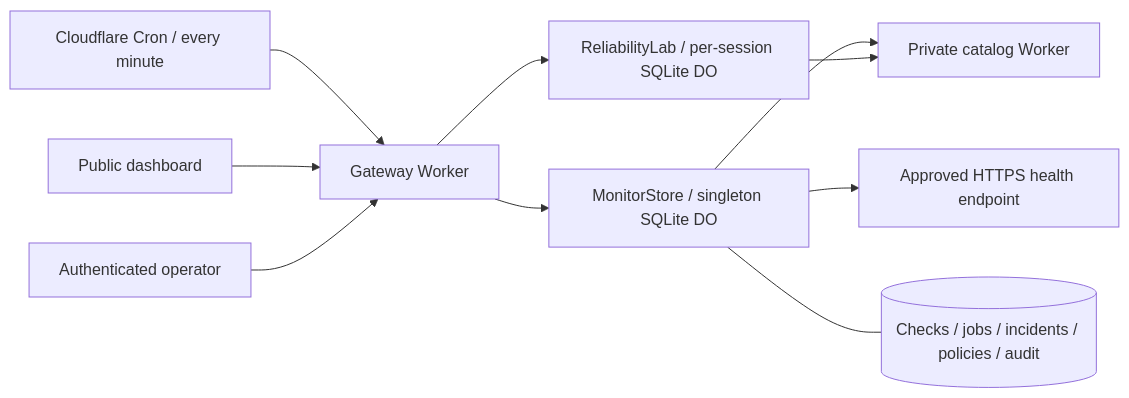
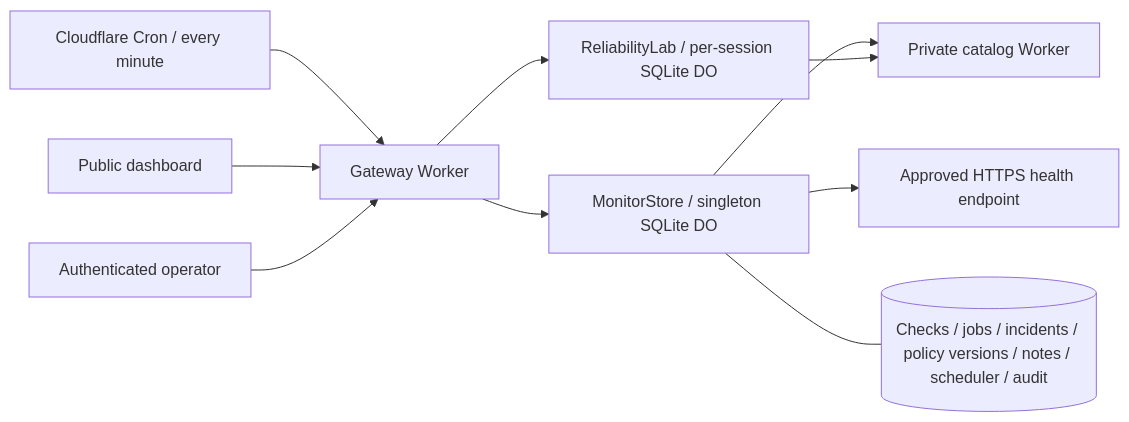
Before and after one commit to HenryWashuHe/edgelab: the diagram in README.md, drawn with Mermaid. The commit also changed other lines of this file and 25 other files, not shown here.

````diff
--- a/README.md
+++ b/README.md
@@ -45,12 +46,12 @@
 ```mermaid
 flowchart LR
   C[Cloudflare Cron / every minute] --> G[Gateway Worker]
   B[Public dashboard] --> G
   A[Authenticated operator] --> G
   G --> M[MonitorStore / singleton SQLite DO]
   M --> P[Private catalog Worker]
   M --> H[Approved HTTPS health endpoint]
-  M --- S[(Checks / jobs / incidents / policies / audit)]
+  M --- S[(Checks / jobs / incidents / policy versions / notes / scheduler / audit)]
   G --> L[ReliabilityLab / per-session SQLite DO]
   L --> P
 ```
````
